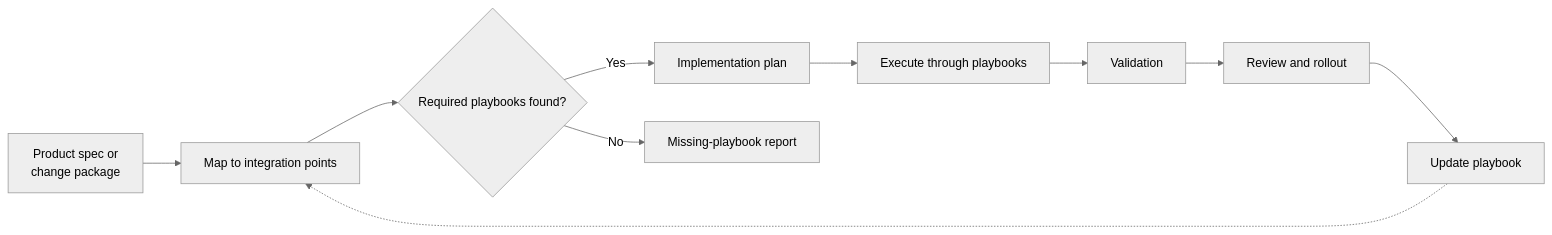
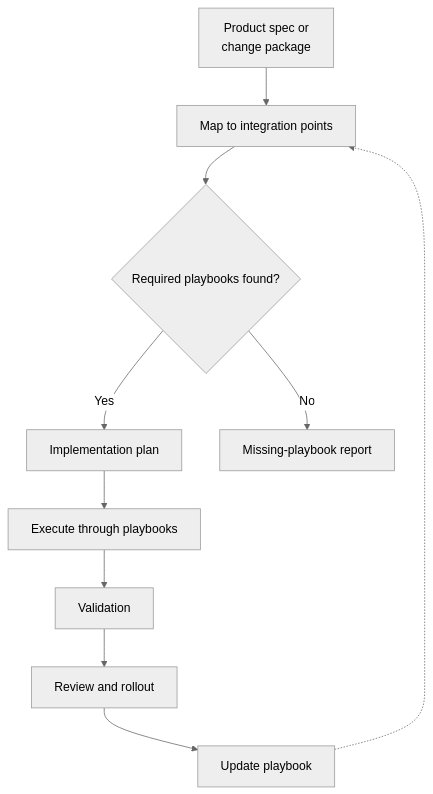
Before and after one commit to MoranM/code-left: the diagram in README.md, drawn with Mermaid (neutral theme). The commit also changed other lines of this file and 8 other files, not shown here.

````diff
--- a/README.md
+++ b/README.md
@@ -63,17 +67,17 @@
 ```mermaid
-flowchart LR
+flowchart TB
     Spec["Product spec or<br/>change package"]
     Mapping["Map to integration points"]
     Decision{"Required playbooks found?"}
     Plan["Implementation plan"]
     Missing["Missing-playbook report"]
     Implementation["Execute through playbooks"]
     Validation["Validation"]
     Review["Review and rollout"]
     Learning["Update playbook"]
 
     Spec --> Mapping --> Decision
     Decision -->|Yes| Plan --> Implementation --> Validation --> Review --> Learning
     Decision -->|No| Missing
     Learning -.-> Mapping
 ```
````
